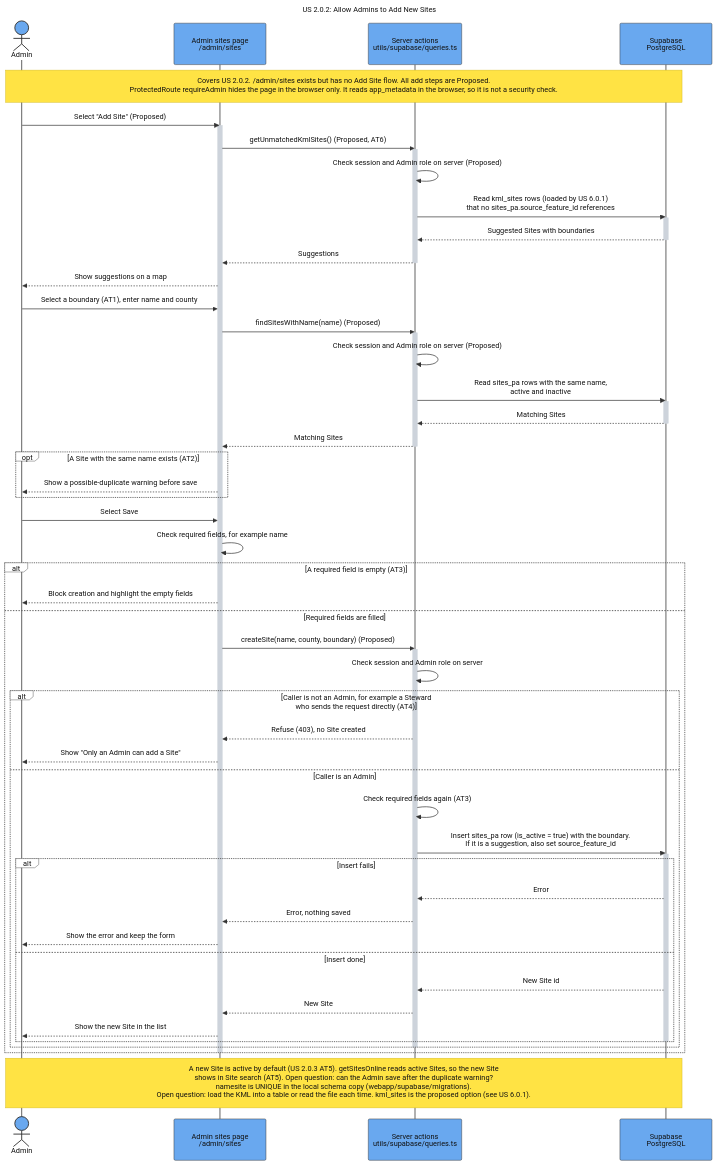
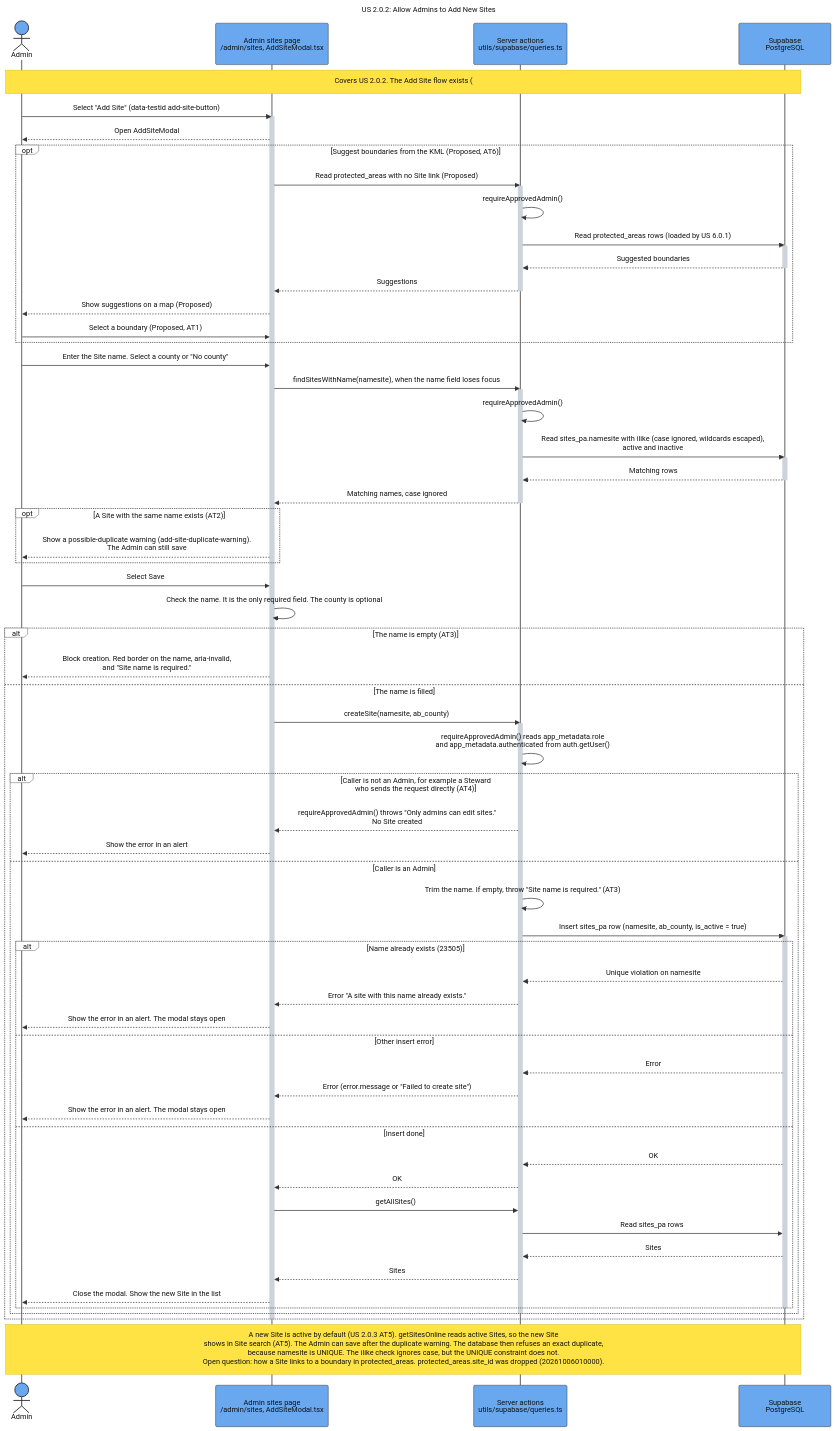
The diagram in docs/assets/Sequence_US_2_0_2_Add_Site.mmd (SAPAA-Dev/W26Project-SAPAA-Dev-Team), drawn with Mermaid before and after one commit. The commit also changed 63 other files, not shown here.

First line of the commit message:
(feat): add diagram generator that updates diagrams on every PR (#157)

```diff
--- a/docs/assets/Sequence_US_2_0_2_Add_Site.mmd
+++ b/docs/assets/Sequence_US_2_0_2_Add_Site.mmd
@@ -1,108 +1,122 @@
 ---
 title: "US 2.0.2: Allow Admins to Add New Sites"
 config:
   theme: base
   sequence:
     actorMargin: 70
     boxMargin: 12
     diagramMarginX: 45
     diagramMarginY: 30
     messageMargin: 38
     noteMargin: 16
     mirrorActors: true
     width: 200
     height: 90
   themeVariables:
     background: "#ffffff"
     primaryColor: "#69a8ef"
     primaryBorderColor: "#333333"
     primaryTextColor: "#111111"
     actorBkg: "#69a8ef"
     actorBorder: "#333333"
     actorTextColor: "#111111"
     actorLineColor: "#555555"
     signalColor: "#333333"
     signalTextColor: "#111111"
     activationBkgColor: "#cdd3db"
     activationBorderColor: "#cdd3db"
     noteBkgColor: "#ffe344"
     noteBorderColor: "#d4ba24"
     noteTextColor: "#111111"
     labelBoxBkgColor: "#ffffff"
     labelBoxBorderColor: "#555555"
     labelTextColor: "#111111"
     loopTextColor: "#111111"
     altBackground: "#ffffff"
   themeCSS: |
     .actor-line {
       stroke-dasharray: 10 10 !important;
       stroke-width: 1.25px !important;
     }
 ---
 sequenceDiagram
     autonumber off
     actor Admin
-    participant Page as Admin sites page<br/>/admin/sites
+    participant Page as Admin sites page<br/>/admin/sites, AddSiteModal.tsx
     participant Actions as Server actions<br/>utils/supabase/queries.ts
     participant DB as Supabase<br/>PostgreSQL
 
-    Note over Admin,DB: Covers US 2.0.2. /admin/sites exists but has no Add Site flow. All add steps are Proposed.<br/>ProtectedRoute requireAdmin hides the page in the browser only. It reads app_metadata in the browser, so it is not a security check.
+    Note over Admin,DB: Covers US 2.0.2. The Add Site flow exists (#153). Only AT1 (select a boundary) and AT6 (suggestions) are not done.<br/>"(Proposed)" = the step is not in the code today.<br/>ProtectedRoute requireAdmin hides the page in the browser only. It reads app_metadata in the browser, so it is not a security check.
 
-    Admin->>Page: Select "Add Site" (Proposed)
+    Admin->>Page: Select "Add Site" (data-testid add-site-button)
     activate Page
-    Page->>Actions: getUnmatchedKmlSites() (Proposed, AT6)
+    Page-->>Admin: Open AddSiteModal
+
+    %% AT6 is not merged. protected_areas exists, but no column links a boundary to a sites_pa row.
+    opt Suggest boundaries from the KML (Proposed, AT6)
+        Page->>Actions: Read protected_areas with no Site link (Proposed)
+        activate Actions
+        Actions->>Actions: requireApprovedAdmin()
+        Actions->>DB: Read protected_areas rows (loaded by US 6.0.1)
+        activate DB
+        DB-->>Actions: Suggested boundaries
+        deactivate DB
+        Actions-->>Page: Suggestions
+        deactivate Actions
+        Page-->>Admin: Show suggestions on a map (Proposed)
+        Admin->>Page: Select a boundary (Proposed, AT1)
+    end
+
+    Admin->>Page: Enter the Site name. Select a county or "No county"
+    Page->>Actions: findSitesWithName(namesite), when the name field loses focus
     activate Actions
-    Actions->>Actions: Check session and Admin role on server (Proposed)
-    Actions->>DB: Read kml_sites rows (loaded by US 6.0.1)<br/>that no sites_pa.source_feature_id references
+    Actions->>Actions: requireApprovedAdmin()
+    Actions->>DB: Read sites_pa.namesite with ilike (case ignored, wildcards escaped),<br/>active and inactive
     activate DB
-    DB-->>Actions: Suggested Sites with boundaries
+    DB-->>Actions: Matching rows
     deactivate DB
-    Actions-->>Page: Suggestions
-    deactivate Actions
-    Page-->>Admin: Show suggestions on a map
-
-    Admin->>Page: Select a boundary (AT1), enter name and county
-    Page->>Actions: findSitesWithName(name) (Proposed)
-    activate Actions
-    Actions->>Actions: Check session and Admin role on server (Proposed)
-    Actions->>DB: Read sites_pa rows with the same name,<br/>active and inactive
-    activate DB
-    DB-->>Actions: Matching Sites
-    deactivate DB
-    Actions-->>Page: Matching Sites
+    Actions-->>Page: Matching names, case ignored
     deactivate Actions
     opt A Site with the same name exists (AT2)
-        Page-->>Admin: Show a possible-duplicate warning before save
+        Page-->>Admin: Show a possible-duplicate warning (add-site-duplicate-warning).<br/>The Admin can still save
     end
 
     Admin->>Page: Select Save
-    Page->>Page: Check required fields, for example name
-    alt A required field is empty (AT3)
-        Page-->>Admin: Block creation and highlight the empty fields
-    else Required fields are filled
-        Page->>Actions: createSite(name, county, boundary) (Proposed)
+    Page->>Page: Check the name. It is the only required field. The county is optional
+    alt The name is empty (AT3)
+        Page-->>Admin: Block creation. Red border on the name, aria-invalid,<br/>and "Site name is required."
+    else The name is filled
+        Page->>Actions: createSite(namesite, ab_county)
         activate Actions
-        Actions->>Actions: Check session and Admin role on server
+        Actions->>Actions: requireApprovedAdmin() reads app_metadata.role<br/>and app_metadata.authenticated from auth.getUser()
         alt Caller is not an Admin, for example a Steward<br/>who sends the request directly (AT4)
-            Actions-->>Page: Refuse (403), no Site created
-            Page-->>Admin: Show "Only an Admin can add a Site"
+            Actions-->>Page: requireApprovedAdmin() throws "Only admins can edit sites."<br/>No Site created
+            Page-->>Admin: Show the error in an alert
         else Caller is an Admin
-            Actions->>Actions: Check required fields again (AT3)
-            Actions->>DB: Insert sites_pa row (is_active = true) with the boundary.<br/>If it is a suggestion, also set source_feature_id
+            Actions->>Actions: Trim the name. If empty, throw "Site name is required." (AT3)
+            Actions->>DB: Insert sites_pa row (namesite, ab_county, is_active = true)
             activate DB
-            alt Insert fails
+            alt Name already exists (23505)
+                DB-->>Actions: Unique violation on namesite
+                Actions-->>Page: Error "A site with this name already exists."
+                Page-->>Admin: Show the error in an alert. The modal stays open
+            else Other insert error
                 DB-->>Actions: Error
-                Actions-->>Page: Error, nothing saved
-                Page-->>Admin: Show the error and keep the form
+                Actions-->>Page: Error (error.message or "Failed to create site")
+                Page-->>Admin: Show the error in an alert. The modal stays open
             else Insert done
-                DB-->>Actions: New Site id
-                Actions-->>Page: New Site
-                Page-->>Admin: Show the new Site in the list
+                DB-->>Actions: OK
+                Actions-->>Page: OK
+                Page->>Actions: getAllSites()
+                Actions->>DB: Read sites_pa rows
+                DB-->>Actions: Sites
+                Actions-->>Page: Sites
+                Page-->>Admin: Close the modal. Show the new Site in the list
             end
             deactivate DB
         end
         deactivate Actions
     end
     deactivate Page
 
-    Note over Admin,DB: A new Site is active by default (US 2.0.3 AT5). getSitesOnline reads active Sites, so the new Site<br/>shows in Site search (AT5). Open question: can the Admin save after the duplicate warning?<br/>namesite is UNIQUE in the local schema copy (webapp/supabase/migrations).<br/>Open question: load the KML into a table or read the file each time. kml_sites is the proposed option (see US 6.0.1).
+    Note over Admin,DB: A new Site is active by default (US 2.0.3 AT5). getSitesOnline reads active Sites, so the new Site<br/>shows in Site search (AT5). The Admin can save after the duplicate warning. The database then refuses an exact duplicate,<br/>because namesite is UNIQUE. The ilike check ignores case, but the UNIQUE constraint does not.<br/>Open question: how a Site links to a boundary in protected_areas. protected_areas.site_id was dropped (20261006010000).
```
